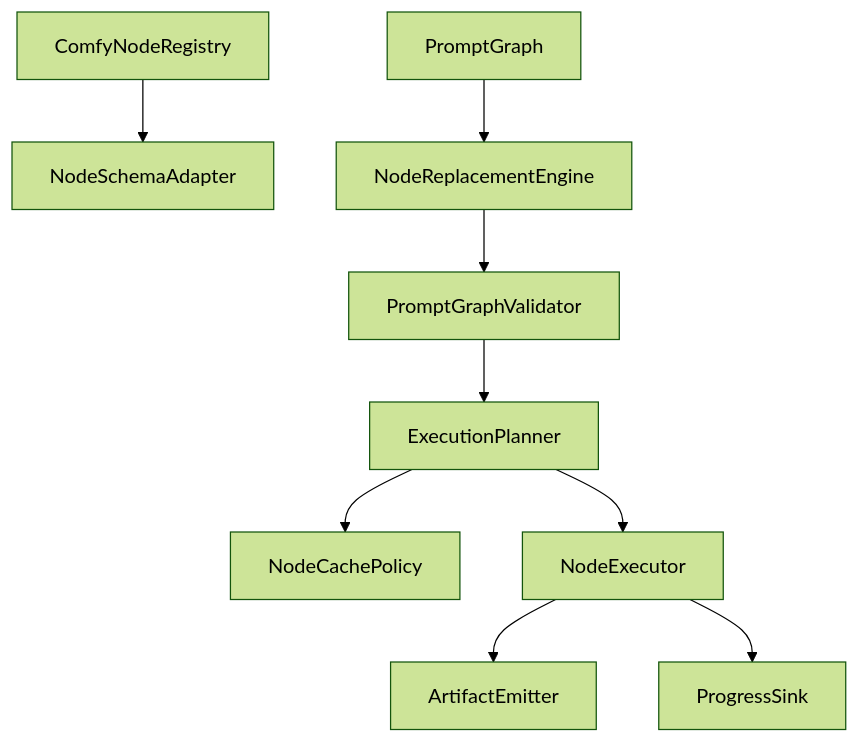
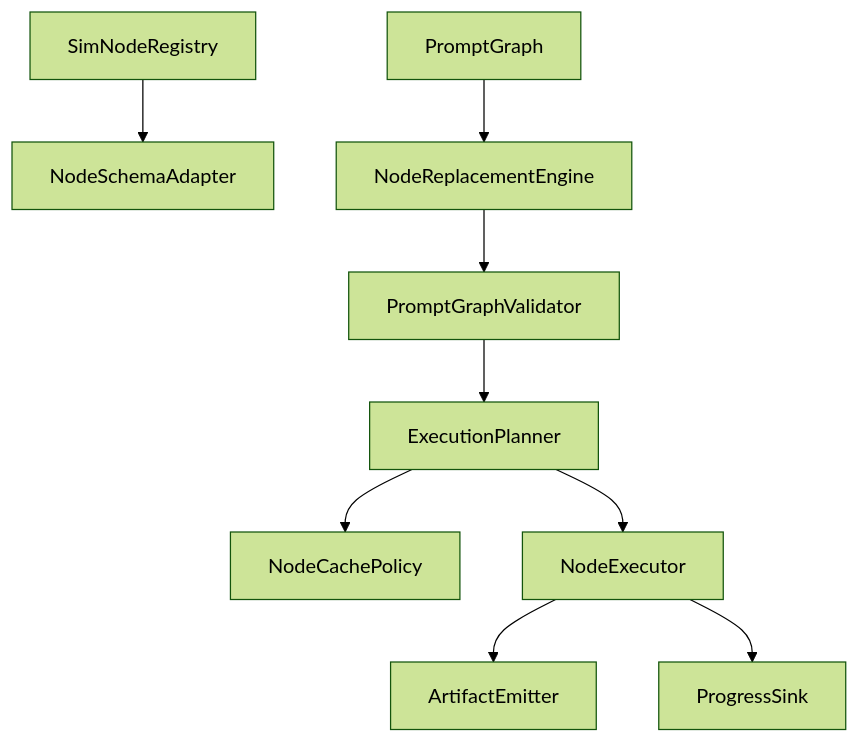
Before and after one commit to imagineerings/xor: the diagram in .agents/specs/godot-migration/comfy-graph-node-runtime/design.md, drawn with Mermaid (forest theme). The commit also changed other lines of this file and 10 other files, not shown here.

First line of the commit message:
docs: use native Sim names for Comfy-derived specs (#323)

````diff
--- a/.agents/specs/godot-migration/comfy-graph-node-runtime/design.md
+++ b/.agents/specs/godot-migration/comfy-graph-node-runtime/design.md
@@ -9,11 +9,11 @@
 ```mermaid
 flowchart TD
-    Registry[ComfyNodeRegistry] --> Schema[NodeSchemaAdapter]
+    Registry[SimNodeRegistry] --> Schema[NodeSchemaAdapter]
     Prompt[PromptGraph] --> Replace[NodeReplacementEngine]
     Replace --> Validate[PromptGraphValidator]
     Validate --> Plan[ExecutionPlanner]
     Plan --> Cache[NodeCachePolicy]
     Plan --> Exec[NodeExecutor]
     Exec --> Artifacts[ArtifactEmitter]
     Exec --> Progress[ProgressSink]
 ```
````
